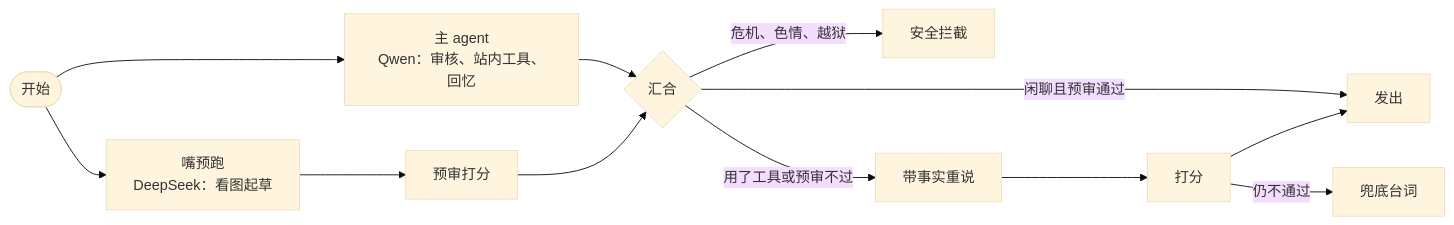
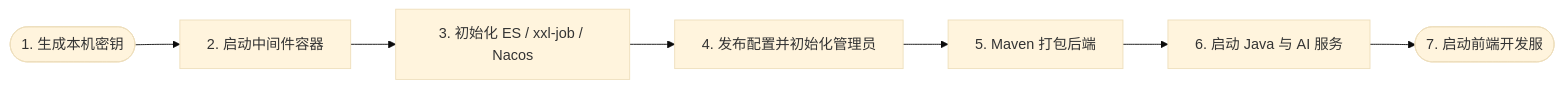
Diagram 14 of 14 in README.md (pluchon/meng_center), drawn with Mermaid (base theme) before and after one commit. The commit also changed other lines of this file and 42 other files, not shown here.

Commit message:
feat: 主页加入奶糖桌宠并更新海报，重写 README 和项目截图

````diff
--- a/README.md
+++ b/README.md
@@ -195,12 +399,9 @@
 ```mermaid
 flowchart LR
-    S([开始]) --> AG[主 agent<br/>Qwen：审核、站内工具、回忆]
-    S --> DR[嘴预跑<br/>DeepSeek：看图起草]
-    DR --> PJ[预审打分]
-    AG --> M{汇合}
-    PJ --> M
-    M -->|危机、色情、越狱| B[安全拦截]
-    M -->|闲聊且预审通过| E[发出]
-    M -->|用了工具或预审不过| R[带事实重说] --> J[打分] --> E
-    J -->|仍不通过| F[兜底台词]
+    A([1. 生成本机密钥]) --> B[2. 启动中间件容器]
+    B --> C[3. 初始化 ES / xxl-job / Nacos]
+    C --> D[4. 发布配置并初始化管理员]
+    D --> E[5. Maven 打包后端]
+    E --> F[6. 启动 Java 与 AI 服务]
+    F --> G([7. 启动前端开发服])
 ```
````
